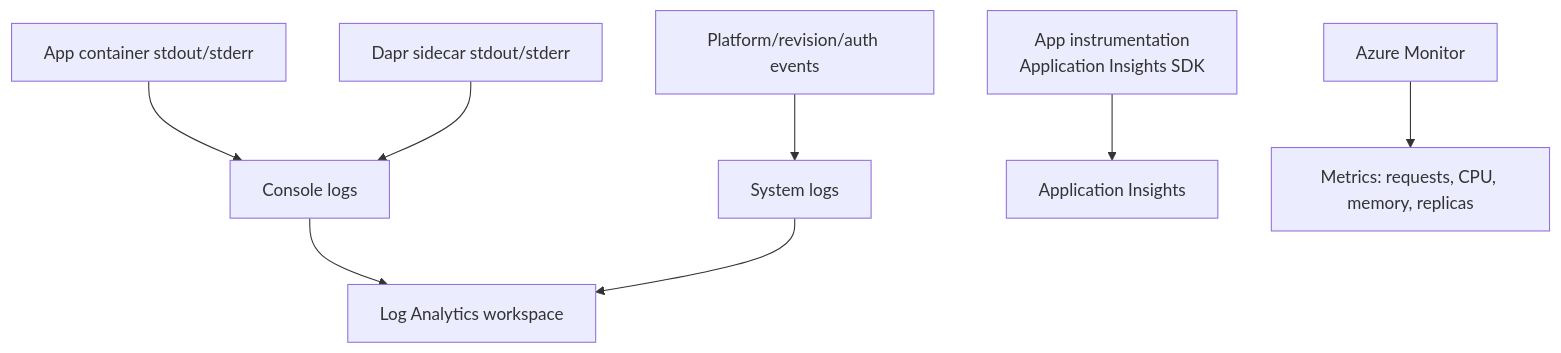
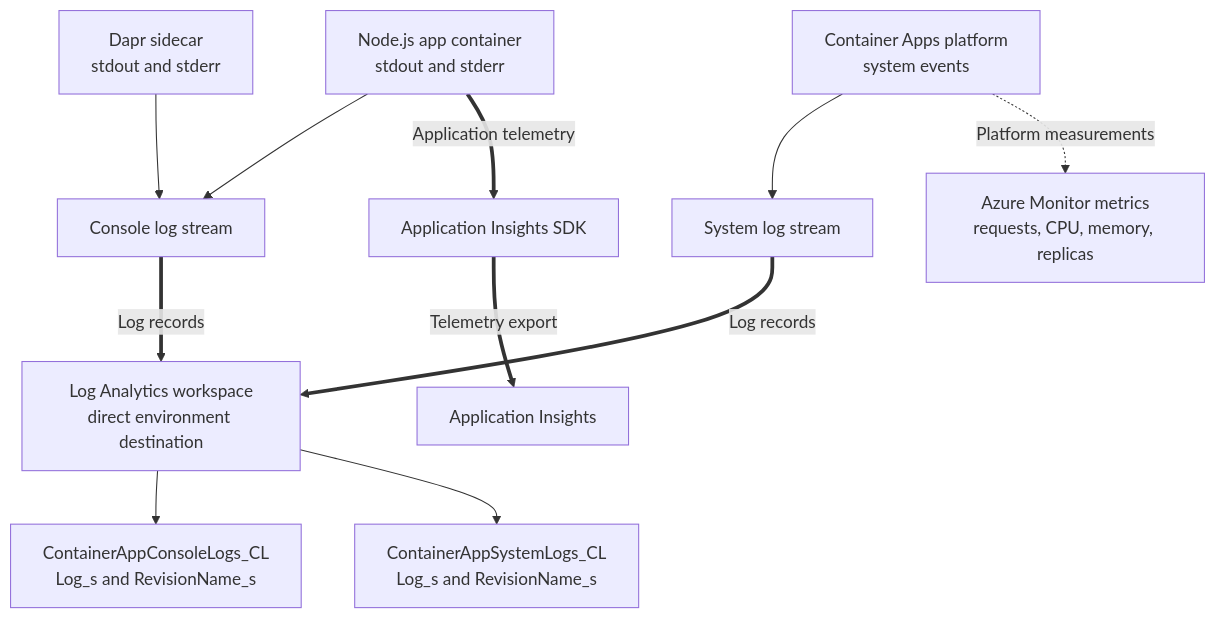
One commit to yeongseon/azure-container-apps-practical-guide changed the second of 2 diagrams in docs/language-guides/nodejs/tutorial/04-logging-monitoring.md. Above: the diagram before and after it, drawn with Mermaid. The commit also changed other lines of this file and 13 other files, not shown here.

Commit message:
docs(diagrams): migrate language tutorial diagrams (#632)

````diff
--- a/docs/language-guides/nodejs/tutorial/04-logging-monitoring.md
+++ b/docs/language-guides/nodejs/tutorial/04-logging-monitoring.md
@@ -77,10 +80,26 @@
 ```mermaid
 flowchart TD
-    APP[App container stdout/stderr] --> CONSOLE[Console logs]
-    DAPR[Dapr sidecar stdout/stderr] --> CONSOLE
-    PLATFORM[Platform/revision/auth events] --> SYSTEM[System logs]
-    CONSOLE --> LAW[Log Analytics workspace]
-    SYSTEM --> LAW
-    OTEL[App instrumentation<br/>Application Insights SDK] --> AI[Application Insights]
-    AZMON[Azure Monitor] --> METRICS[Metrics: requests, CPU, memory, replicas]
+    accTitle: Logging and telemetry paths for the Node.js container app
+    accDescr: Console and system logs use the environment's direct Log Analytics destination and custom tables. Application instrumentation sends telemetry to Application Insights, while platform metrics are available through Azure Monitor.
+    APP["Node.js app container<br/>stdout and stderr"]
+    DAPR["Dapr sidecar<br/>stdout and stderr"]
+    PLATFORM["Container Apps platform<br/>system events"]
+    CONSOLE["Console log stream"]
+    SYSTEM["System log stream"]
+    LAW["Log Analytics workspace<br/>direct environment destination"]
+    CONSOLE_TABLE["ContainerAppConsoleLogs_CL<br/>Log_s and RevisionName_s"]
+    SYSTEM_TABLE["ContainerAppSystemLogs_CL<br/>Log_s and RevisionName_s"]
+    SDK["Application Insights SDK"]
+    AI["Application Insights"]
+    AZMON["Azure Monitor metrics<br/>requests, CPU, memory, replicas"]
+    APP --> CONSOLE
+    DAPR --> CONSOLE
+    PLATFORM --> SYSTEM
+    CONSOLE ==>|"Log records"| LAW
+    SYSTEM ==>|"Log records"| LAW
+    LAW --> CONSOLE_TABLE
+    LAW --> SYSTEM_TABLE
+    APP ==>|"Application telemetry"| SDK
+    SDK ==>|"Telemetry export"| AI
+    PLATFORM -.->|"Platform measurements"| AZMON
 ```
````
